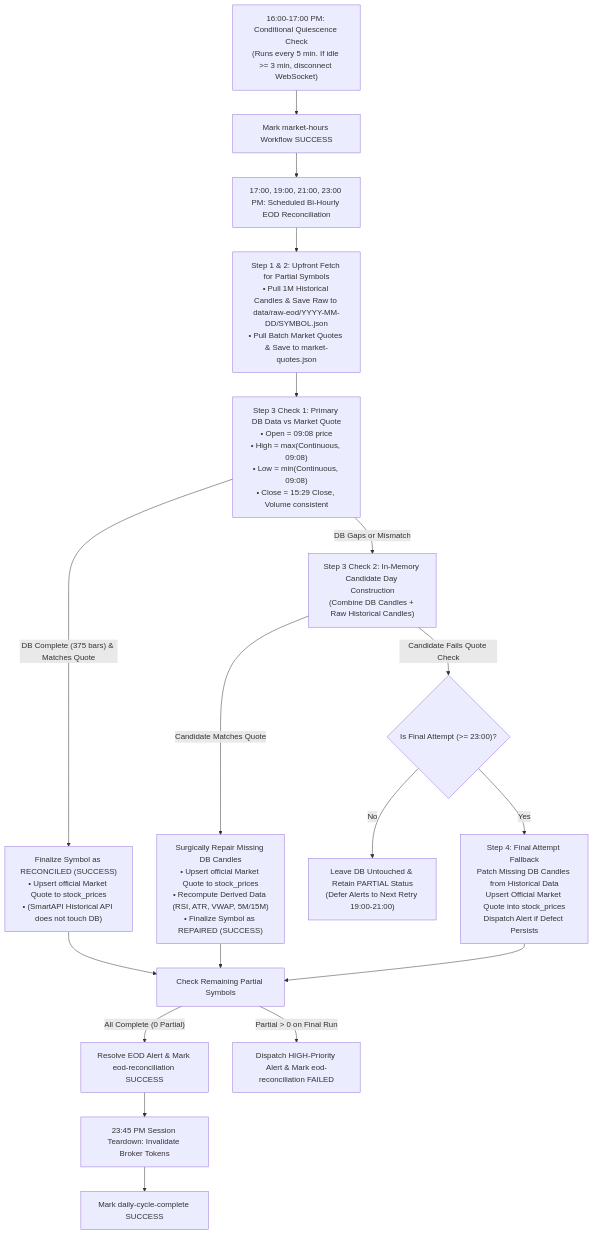
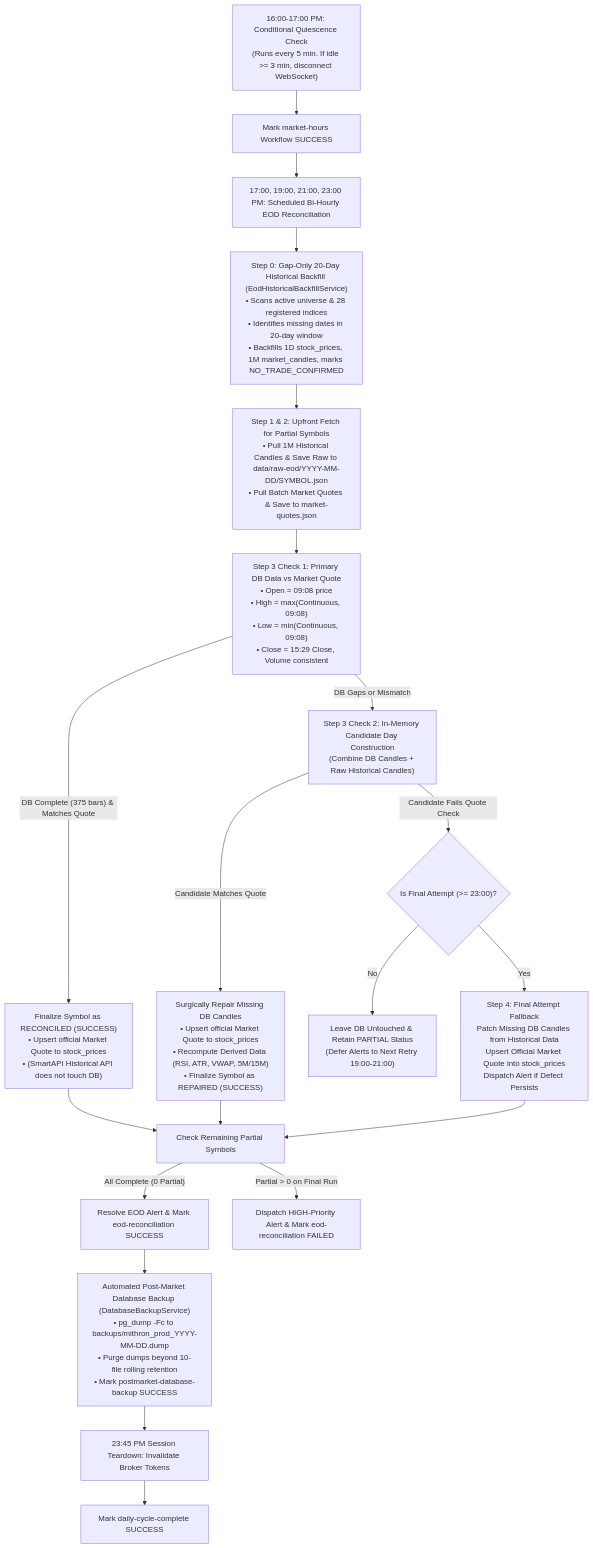
Before and after one commit to Nanivenky03/market-scanner: the third of 3 diagrams in project_workflow.md, drawn with Mermaid. The commit also changed other lines of this file and 17 other files, not shown here.

Commit message:
feat(v2.4.9): 20-day gap-only eod backfill, auto isTradable promotion, postmarket database backup, and dual broker settings

````diff
--- a/project_workflow.md
+++ b/project_workflow.md
@@ -210,20 +216,22 @@
 ```mermaid
 flowchart TD
     A["16:00-17:00 PM: Conditional Quiescence Check<br/>(Runs every 5 min. If idle >= 3 min, disconnect WebSocket)"] --> B["Mark market-hours Workflow SUCCESS"]
     B --> C["17:00, 19:00, 21:00, 23:00 PM: Scheduled Bi-Hourly EOD Reconciliation"]
-    C --> D["Step 1 & 2: Upfront Fetch for Partial Symbols<br/>• Pull 1M Historical Candles & Save Raw to data/raw-eod/YYYY-MM-DD/SYMBOL.json<br/>• Pull Batch Market Quotes & Save to market-quotes.json"]
+    C --> C1["Step 0: Gap-Only 20-Day Historical Backfill (EodHistoricalBackfillService)<br/>• Scans active universe & 28 registered indices<br/>• Identifies missing dates in 20-day window<br/>• Backfills 1D stock_prices, 1M market_candles, marks NO_TRADE_CONFIRMED"]
+    C1 --> D["Step 1 & 2: Upfront Fetch for Partial Symbols<br/>• Pull 1M Historical Candles & Save Raw to data/raw-eod/YYYY-MM-DD/SYMBOL.json<br/>• Pull Batch Market Quotes & Save to market-quotes.json"]
     D --> E["Step 3 Check 1: Primary DB Data vs Market Quote<br/>• Open = 09:08 price<br/>• High = max(Continuous, 09:08)<br/>• Low = min(Continuous, 09:08)<br/>• Close = 15:29 Close, Volume consistent"]
     E -- DB Complete (375 bars) & Matches Quote --> F["Finalize Symbol as RECONCILED (SUCCESS)<br/>• Upsert official Market Quote to stock_prices<br/>• (SmartAPI Historical API does not touch DB)"]
     E -- DB Gaps or Mismatch --> G["Step 3 Check 2: In-Memory Candidate Day Construction<br/>(Combine DB Candles + Raw Historical Candles)"]
     G -- Candidate Matches Quote --> H["Surgically Repair Missing DB Candles<br/>• Upsert official Market Quote to stock_prices<br/>• Recompute Derived Data (RSI, ATR, VWAP, 5M/15M)<br/>• Finalize Symbol as REPAIRED (SUCCESS)"]
     G -- Candidate Fails Quote Check --> I{"Is Final Attempt (>= 23:00)?"}
     I -- No --> J["Leave DB Untouched & Retain PARTIAL Status<br/>(Defer Alerts to Next Retry 19:00-21:00)"]
     I -- Yes --> K["Step 4: Final Attempt Fallback<br/>Patch Missing DB Candles from Historical Data<br/>Upsert Official Market Quote into stock_prices<br/>Dispatch Alert if Defect Persists"]
     F --> L["Check Remaining Partial Symbols"]
     H --> L
     K --> L
     L -- All Complete (0 Partial) --> M["Resolve EOD Alert & Mark eod-reconciliation SUCCESS"]
     L -- Partial > 0 on Final Run --> N["Dispatch HIGH-Priority Alert & Mark eod-reconciliation FAILED"]
-    M --> O["23:45 PM Session Teardown: Invalidate Broker Tokens"]
+    M --> M1["Automated Post-Market Database Backup (DatabaseBackupService)<br/>• pg_dump -Fc to backups/mithron_prod_YYYY-MM-DD.dump<br/>• Purge dumps beyond 10-file rolling retention<br/>• Mark postmarket-database-backup SUCCESS"]
+    M1 --> O["23:45 PM Session Teardown: Invalidate Broker Tokens"]
     O --> P["Mark daily-cycle-complete SUCCESS"]
 ```
````
